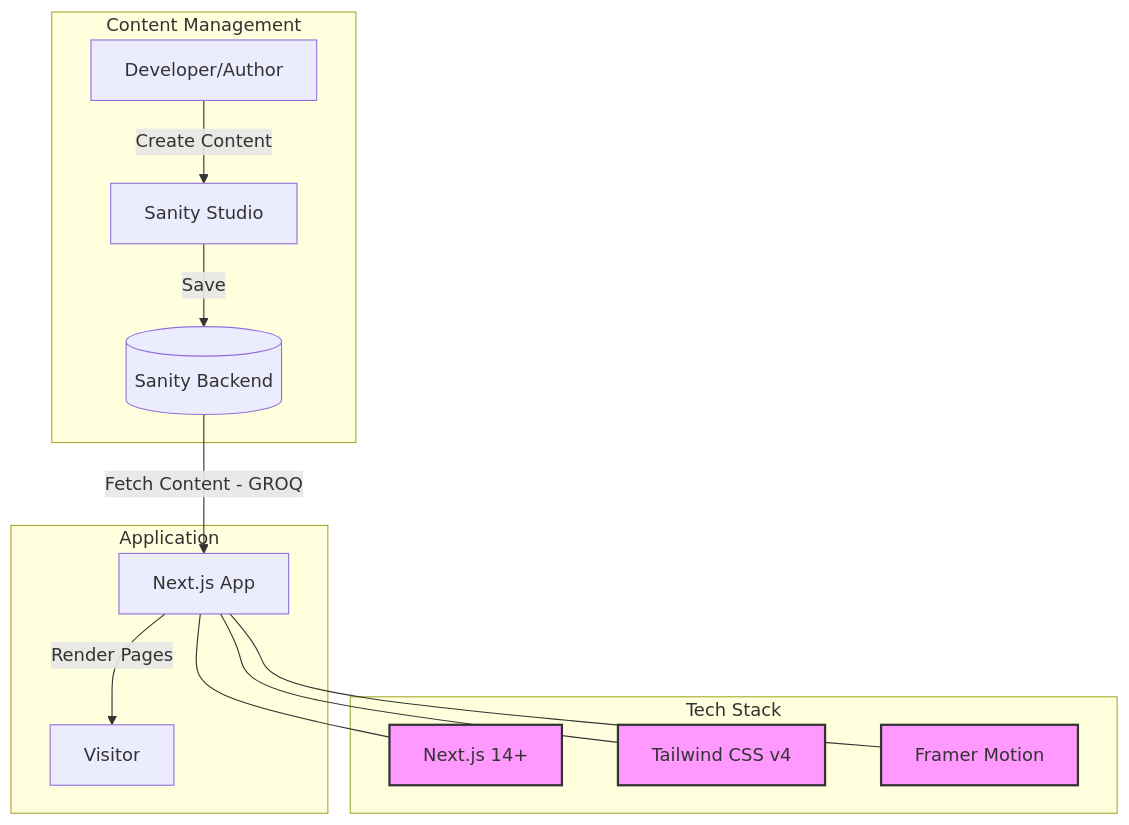
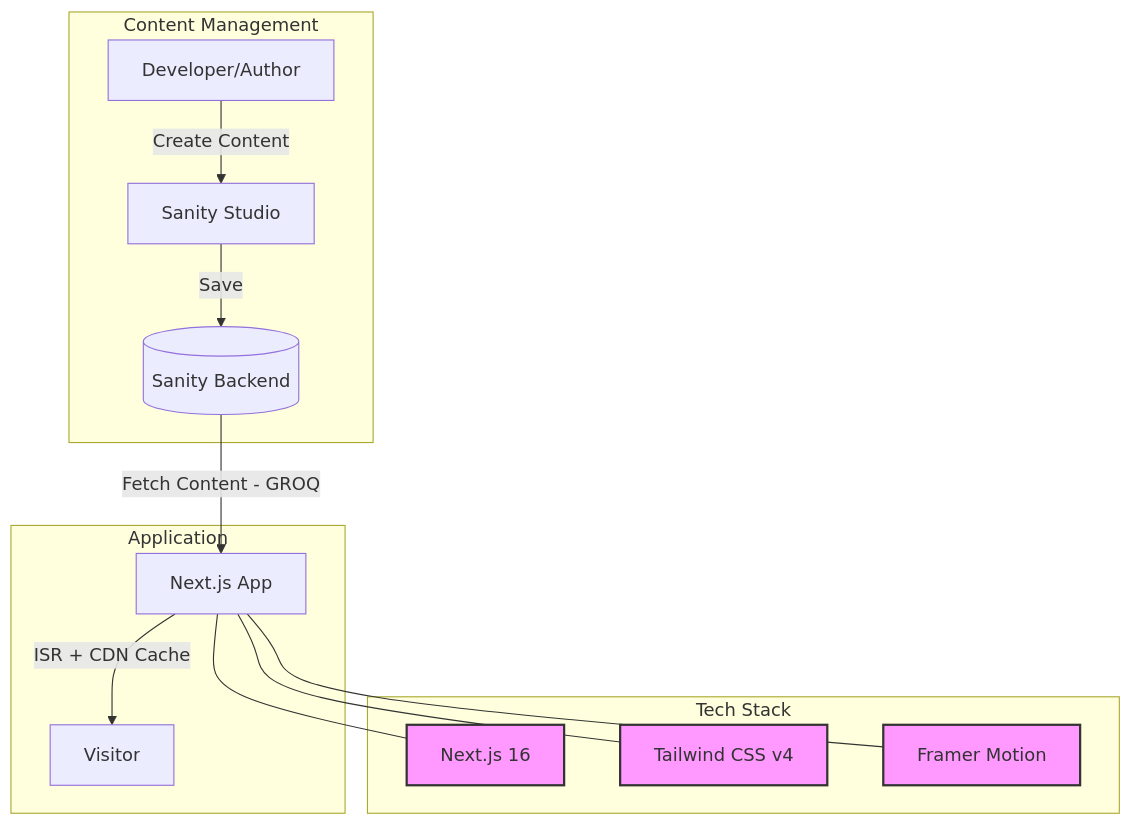
The diagram in README.md (siraajul/MeFolio), drawn with Mermaid before and after one commit. The commit also changed other lines of this file, not shown here.

Commit message:
docs: Update README with Next.js 16, new performance features, `llms.txt` support, and refined environment and security details.

````diff
--- a/README.md
+++ b/README.md
@@ -13,21 +13,21 @@
 ```mermaid
 graph TD
     subgraph "Content Management"
         You[Developer/Author] -->|Create Content| Studio[Sanity Studio]
         Studio -->|Save| DB[(Sanity Backend)]
     end
 
     subgraph "Application"
         DB -->|Fetch Content - GROQ| App[Next.js App]
-        App -->|Render Pages| User[Visitor]
+        App -->|ISR + CDN Cache| User[Visitor]
     end
 
     subgraph "Tech Stack"
-        App --- Next[Next.js 14+]
+        App --- Next[Next.js 16]
         App --- Tail[Tailwind CSS v4]
         App --- Motion[Framer Motion]
     end
 
     classDef tech fill:#f9f,stroke:#333,stroke-width:2px;
     class Next,Tail,Motion tech;
 ```
````
